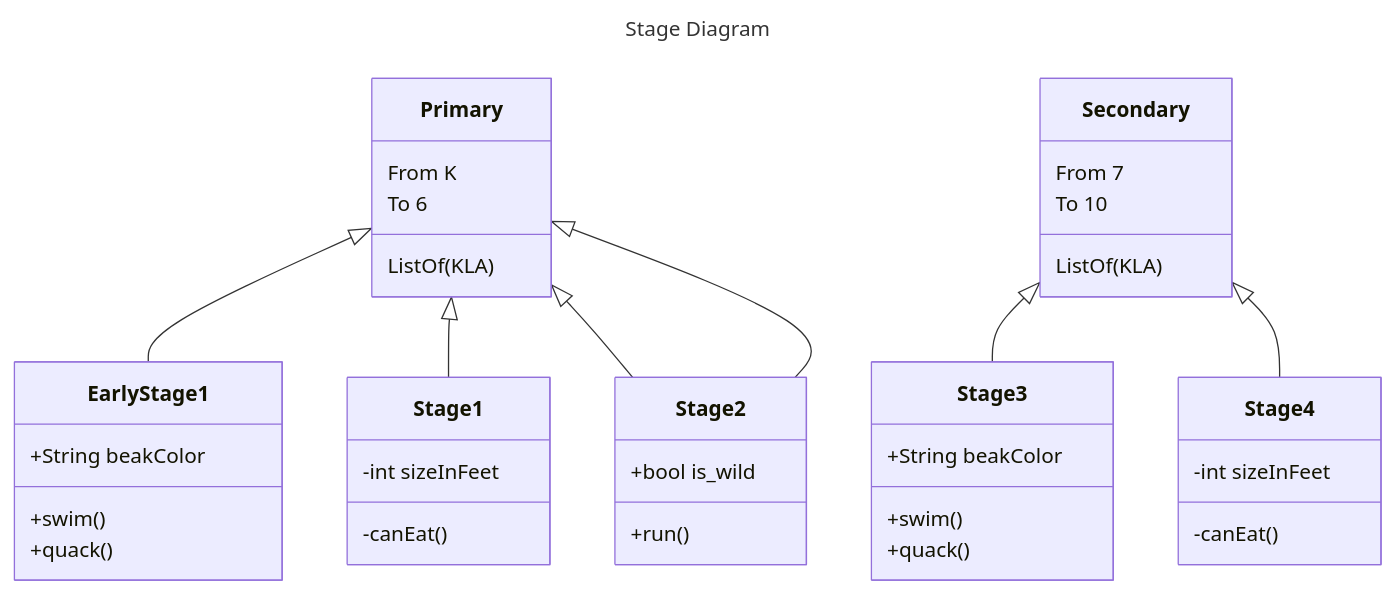
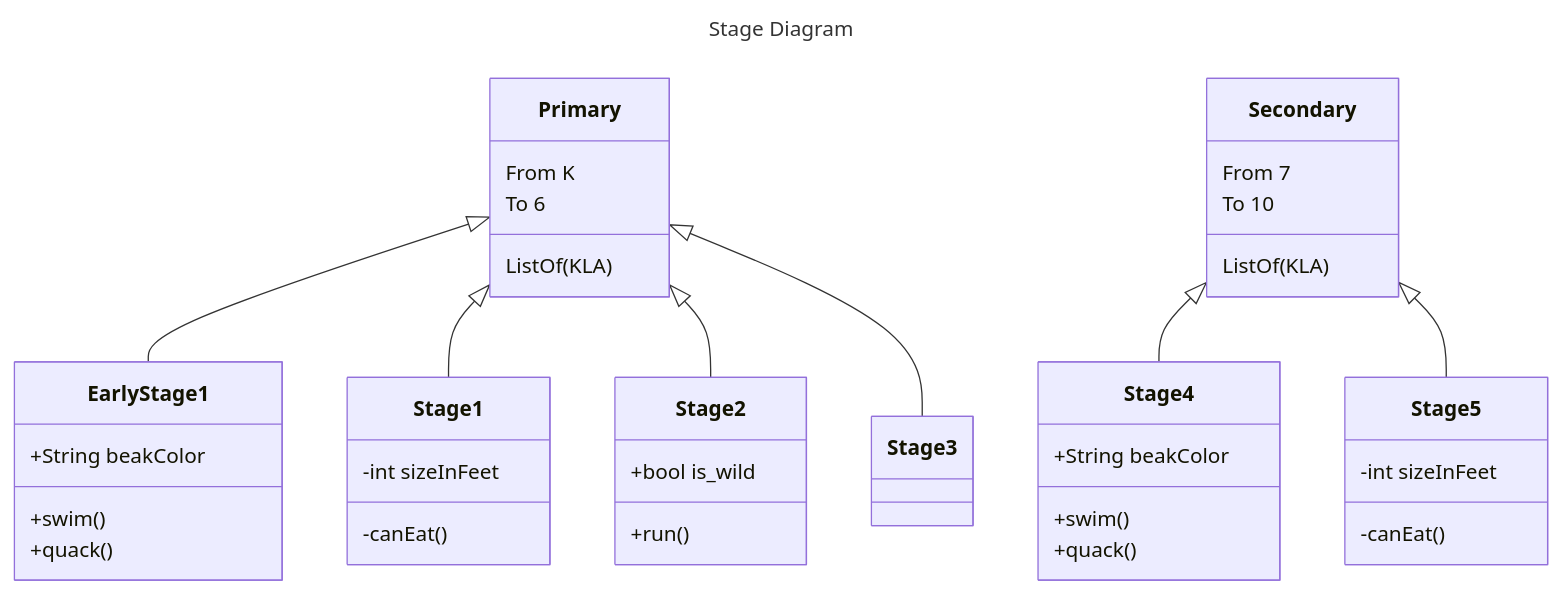
One commit to librelab/gurukul changed the diagram in README.md. Above: the diagram before and after it, drawn with Mermaid.

````diff
--- a/README.md
+++ b/README.md
@@ -55,40 +55,40 @@
 ```mermaid
 ---
 title: Stage Diagram
 ---
 classDiagram
     Primary <|-- Early Stage1
     Primary <|-- Stage1
     Primary <|-- Stage2
-	Primary <|-- Stage2
+	Primary <|-- Stage3
     Primary : From K
     Primary : To 6
     Primary: ListOf(KLA)
     class Early Stage1{
       +String beakColor
       +swim()
       +quack()
     }
     class Stage1{
       -int sizeInFeet
       -canEat()
     }
     class Stage2{
       +bool is_wild
       +run()
     }	
-	Secondary <|-- Stage3
-    Secondary <|-- Stage4
+	Secondary <|-- Stage4
+    Secondary <|-- Stage5
     Secondary : From 7
     Secondary : To 10
     Secondary: ListOf(KLA)
-    class Stage3{
+    class Stage4{
       +String beakColor
       +swim()
       +quack()
     }
-    class Stage4{
+    class Stage5{
       -int sizeInFeet
       -canEat()
     }
 ```
````
